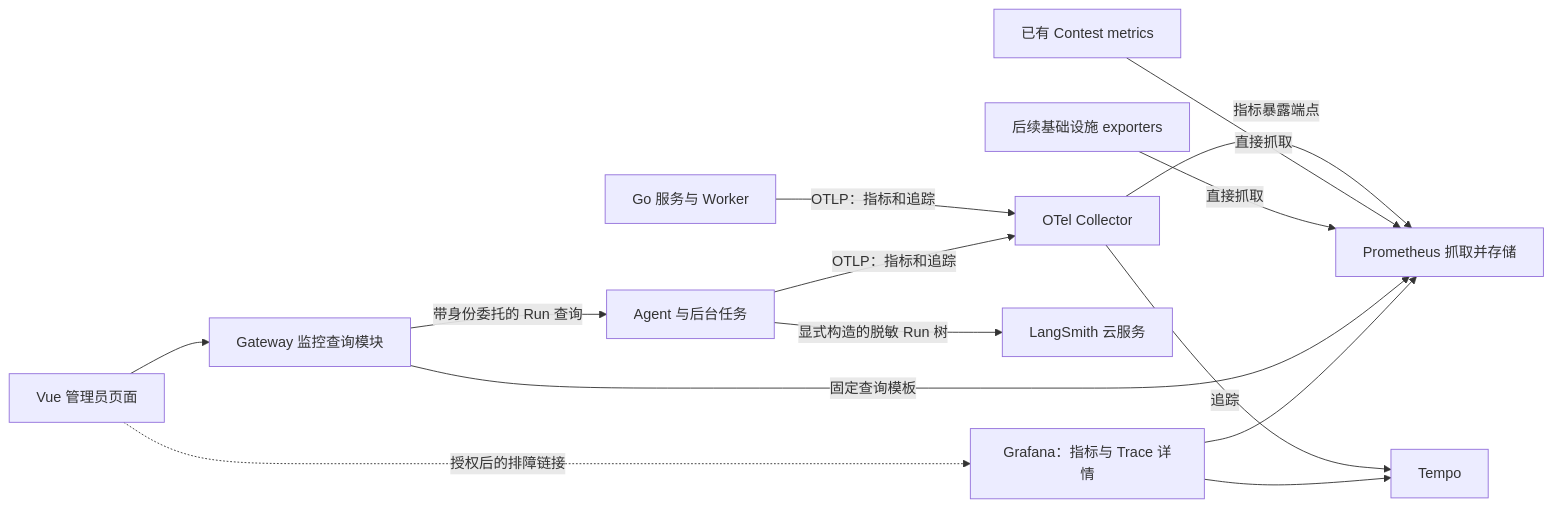
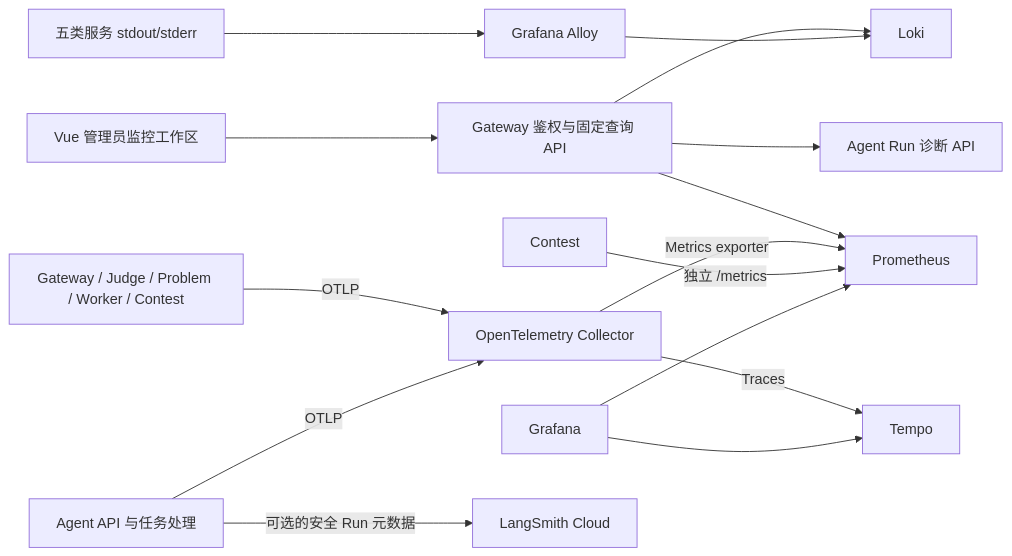
Before and after one commit to viggggil/go_oj_agent: the diagram in docs/observability/design.md, drawn with Mermaid. The commit also changed other lines of this file and 35 other files, not shown here.

````diff
--- a/docs/observability/design.md
+++ b/docs/observability/design.md
@@ -63,16 +9,17 @@
 ```mermaid
 flowchart LR
-    Go[Go 服务与 Worker] -->|OTLP：指标和追踪| Collector[OTel Collector]
-    Agent[Agent 与后台任务] -->|OTLP：指标和追踪| Collector
-    Collector -->|指标暴露端点| Prom[Prometheus 抓取并存储]
-    Collector -->|追踪| Tempo[Tempo]
-    Contest[已有 Contest metrics] -->|直接抓取| Prom
-    Exporters[后续基础设施 exporters] -->|直接抓取| Prom
-    Agent -->|显式构造的脱敏 Run 树| LS[LangSmith 云服务]
-    Vue[Vue 管理员页面] --> Gateway[Gateway 监控查询模块]
-    Gateway -->|固定查询模板| Prom
-    Gateway -->|带身份委托的 Run 查询| Agent
-    Vue -.授权后的排障链接.-> Grafana[Grafana：指标与 Trace 详情]
-    Grafana --> Prom
+    Browser[Vue 管理员监控工作区] --> Gateway[Gateway 鉴权与固定查询 API]
+    Gateway --> AgentAPI[Agent Run 诊断 API]
+    Gateway --> Prometheus
+    Gateway --> Loki
+    Go[Gateway / Judge / Problem / Worker / Contest] -->|OTLP| Collector[OpenTelemetry Collector]
+    Agent[Agent API 与任务处理] -->|OTLP| Collector
+    Collector -->|Traces| Tempo
+    Collector -->|Metrics exporter| Prometheus
+    Contest -->|独立 /metrics| Prometheus
+    Docker[五类服务 stdout/stderr] --> Alloy[Grafana Alloy]
+    Alloy --> Loki
+    Grafana --> Prometheus
     Grafana --> Tempo
+    Agent -->|可选的安全 Run 元数据| LangSmith[LangSmith Cloud]
 ```
````
